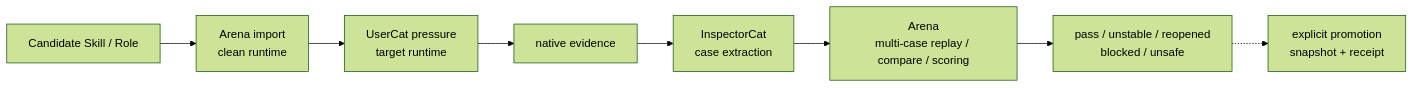
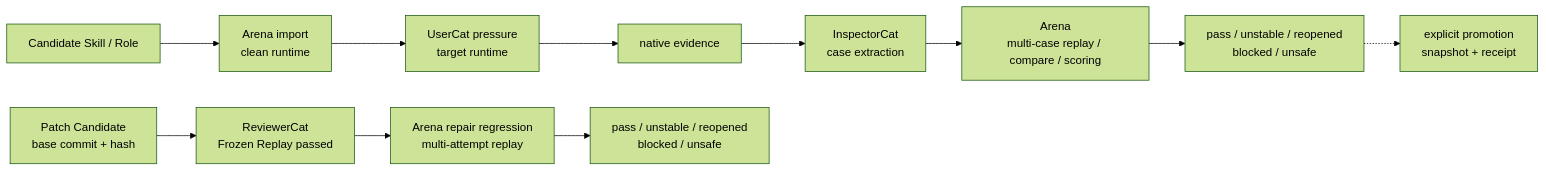
One commit to fightheyyy/XiaoBa-CLI changed the second of 2 diagrams in docs/arena/SPEC.md. Above: the diagram before and after it, drawn with Mermaid (forest theme). The commit also changed other lines of this file and 24 other files, not shown here.

````diff
--- a/docs/arena/SPEC.md
+++ b/docs/arena/SPEC.md
@@ -122,10 +126,14 @@
 ```mermaid
 flowchart LR
     Candidate["Candidate Skill / Role"] --> Clean["Arena import<br/>clean runtime"]
     Clean --> Pressure["UserCat pressure<br/>target runtime"]
     Pressure --> Evidence["native evidence"]
     Evidence --> Inspect["InspectorCat<br/>case extraction"]
     Inspect --> Eval["Arena<br/>multi-case replay / compare / scoring"]
     Eval --> Decision["pass / unstable / reopened<br/>blocked / unsafe"]
     Decision -.-> Promote["explicit promotion<br/>snapshot + receipt"]
+
+    Patch["Patch Candidate<br/>base commit + hash"] --> Review["ReviewerCat<br/>Frozen Replay passed"]
+    Review --> Regression["Arena repair regression<br/>multi-attempt replay"]
+    Regression --> PatchDecision["pass / unstable / reopened<br/>blocked / unsafe"]
 ```
````
